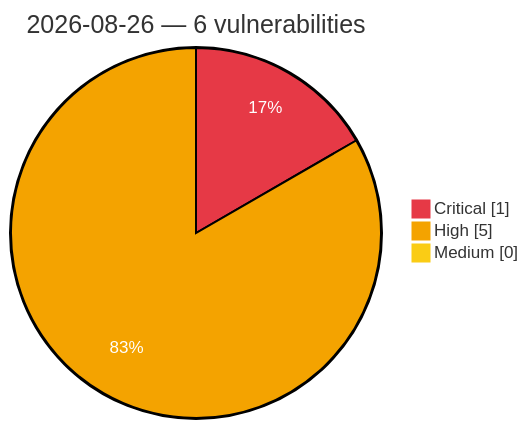
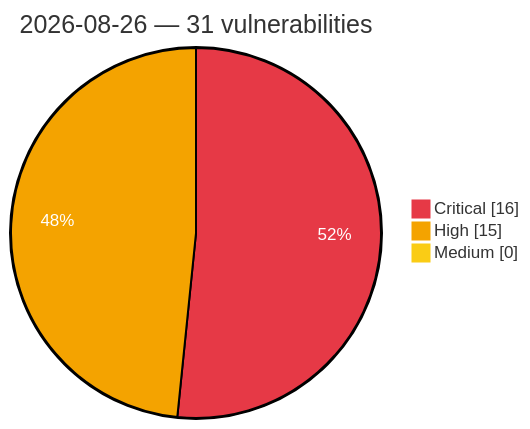
One commit to GhostX0X/vuln-tracker changed the diagram in vulnerabilities/2026/August/2026-08-26.md. Above: the diagram before and after it, drawn with Mermaid. The commit also changed other lines of this file and 5 other files, not shown here.

Commit message:
Auto update: critical/high vulns (2026-08-26 11:00 UTC)

````diff
--- a/vulnerabilities/2026/August/2026-08-26.md
+++ b/vulnerabilities/2026/August/2026-08-26.md
@@ -3,8 +3,8 @@
 ```mermaid
 %%{init: {'theme':'base', 'themeVariables': {'pie1':'#e63946', 'pie2':'#f4a300', 'pie3':'#facc15', 'pieOpacity':'1', 'pieOuterStrokeWidth':'2px', 'pieSectionTextColor':'#ffffff'}}}%%
 pie showData
-    title 2026-08-26 — 6 vulnerabilities
-    "Critical" : 1
-    "High" : 5
+    title 2026-08-26 — 31 vulnerabilities
+    "Critical" : 16
+    "High" : 15
     "Medium" : 0
 ```
````
